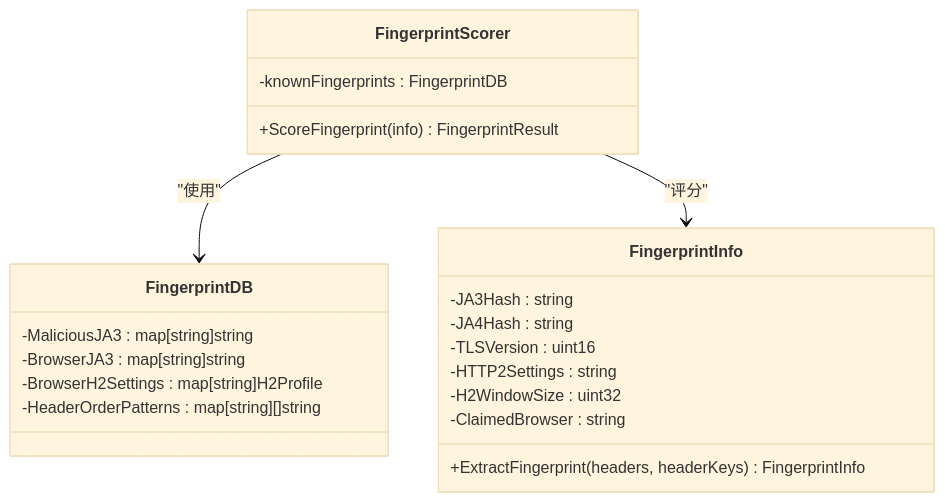
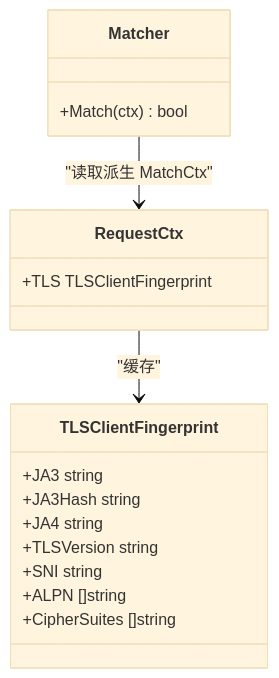
One commit to x01n/My-OpenWaf changed the sixth of 12 diagrams in docs/WAF 引擎系统/WAF 引擎系统.md. Above: the diagram before and after it, drawn with Mermaid (base theme). The commit also changed other lines of this file and 354 other files, not shown here.

````diff
--- a/docs/WAF 引擎系统/WAF 引擎系统.md
+++ b/docs/WAF 引擎系统/WAF 引擎系统.md
@@ -369,24 +375,20 @@
 ```mermaid
 classDiagram
-class FingerprintScorer {
--knownFingerprints : FingerprintDB
-+ScoreFingerprint(info) FingerprintResult
+class TLSClientFingerprint {
++JA3 string
++JA3Hash string
++JA4 string
++TLSVersion string
++SNI string
++ALPN []string
++CipherSuites []string
 }
-class FingerprintInfo {
--JA3Hash : string
--JA4Hash : string
--TLSVersion : uint16
--HTTP2Settings : string
--H2WindowSize : uint32
--ClaimedBrowser : string
-+ExtractFingerprint(headers, headerKeys) FingerprintInfo
+class RequestCtx {
++TLS TLSClientFingerprint
 }
-class FingerprintDB {
--MaliciousJA3 : map[string]string
--BrowserJA3 : map[string]string
--BrowserH2Settings : map[string]H2Profile
--HeaderOrderPatterns : map[string][]string
+class Matcher {
++Match(ctx) bool
 }
-FingerprintScorer --> FingerprintDB : "使用"
-FingerprintScorer --> FingerprintInfo : "评分"
+RequestCtx --> TLSClientFingerprint : "缓存"
+Matcher --> RequestCtx : "读取派生 MatchCtx"
 ```
````
